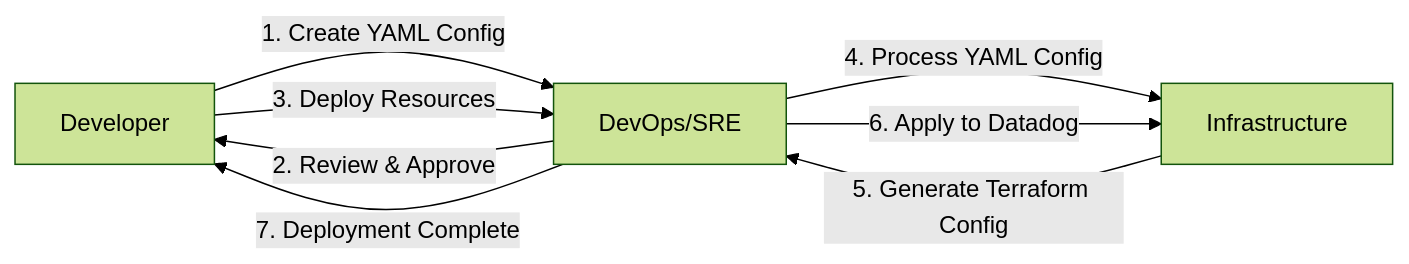
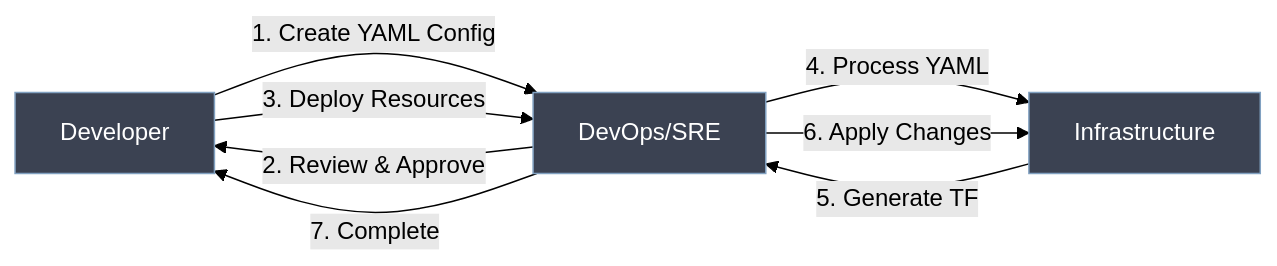
One commit to Mdaftab/DATADOG_TF_deploy changed the diagram in README.md. Above: the diagram before and after it, drawn with Mermaid (forest theme).

Commit message:
docs: improve mermaid diagram readability with better node names and styling

````diff
--- a/README.md
+++ b/README.md
@@ -38,10 +38,14 @@
 ```mermaid
 graph LR
-    A[Developer] -->|1. Create YAML Config| B[DevOps/SRE]
-    B -->|2. Review & Approve| A
-    A -->|3. Deploy Resources| B
-    B -->|4. Process YAML Config| C[Infrastructure]
-    C -->|5. Generate Terraform Config| B
-    B -->|6. Apply to Datadog| C
-    B -->|7. Deployment Complete| A
+    Dev[Developer] -->|1. Create YAML Config| Ops[DevOps/SRE]
+    Ops -->|2. Review & Approve| Dev
+    Dev -->|3. Deploy Resources| Ops
+    Ops -->|4. Process YAML| Infra[Infrastructure]
+    Infra -->|5. Generate TF| Ops
+    Ops -->|6. Apply Changes| Infra
+    Ops -->|7. Complete| Dev
+
+    classDef default fill:#2b2b2b,stroke:#666,color:#fff
+    classDef actor fill:#3b4252,stroke:#81a1c1,color:#fff
+    class Dev,Ops,Infra actor
 ```
````
